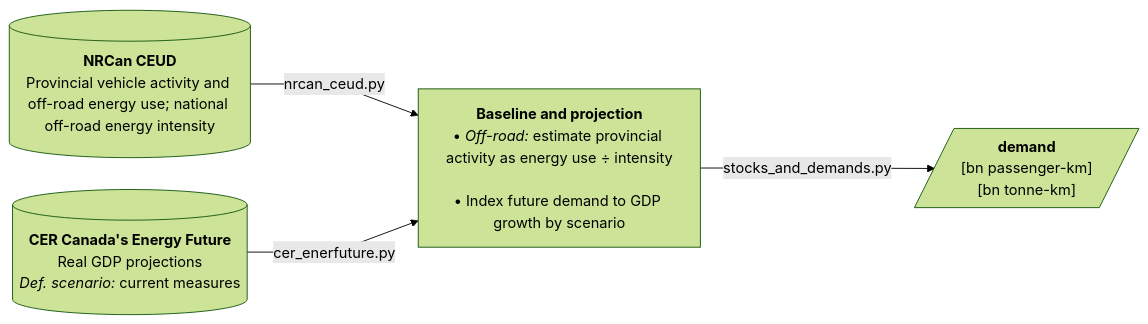
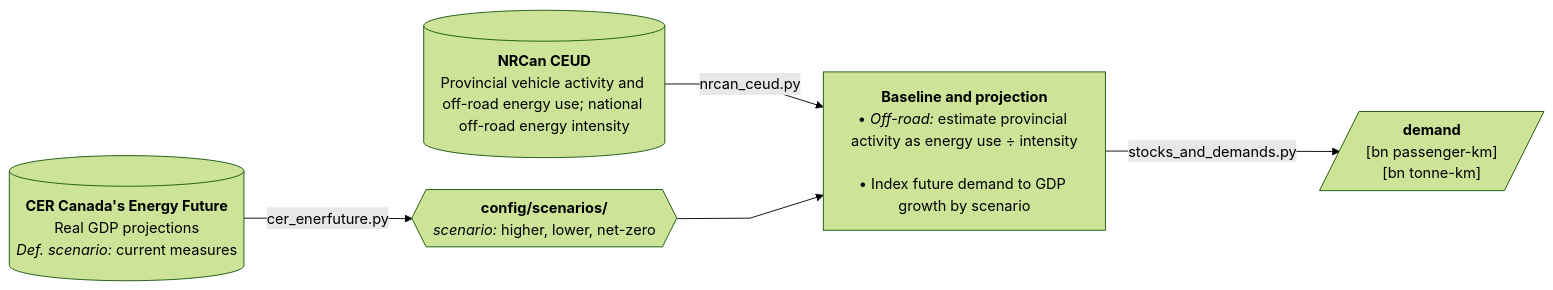
The third of 9 diagrams in docs/etl_flowcharts.md (CANOE-main/canoe-transportation), drawn with Mermaid (forest theme) before and after one commit. The commit also changed other lines of this file and 47 other files, not shown here.

````diff
--- a/docs/etl_flowcharts.md
+++ b/docs/etl_flowcharts.md
@@ -111,27 +113,29 @@
 ```mermaid
 ---
 config:
   layout: dagre
   flowchart:
     nodeSpacing: 35
     rankSpacing: 50
     wrappingWidth: 250
     curve: linear
 ---
 flowchart LR
   %% --- Sources ---
   s0[("`**NRCan CEUD**<br>Provincial vehicle activity and off-road energy use; national off-road energy intensity`")]
   s1[("`**CER Canada's Energy Future**<br>Real GDP projections<br>*Def. scenario:* current measures`")]
 
   %% --- Processes ---
+  p0@{shape: hex, label: "**config/scenarios/**<br>*scenario:* higher, lower, net-zero"}
   p1["`**Baseline and projection**<br>• *Off-road:* estimate provincial activity as energy use ÷ intensity<br><br>• Index future demand to GDP growth by scenario`"]
 
   s0 -- nrcan_ceud.py --> p1
-  s1 -- cer_enerfuture.py --> p1
+  s1 -- cer_enerfuture.py --> p0
 
+  p0 --> p1
   p1 -- stocks_and_demands.py --> o1[/"`**demand**<br>[bn passenger-km]<br>[bn tonne-km]`"/]
 
   %% --- Hyperlinks ---
   click s0 "https://oee.nrcan.gc.ca/corporate/statistics/neud/dpa/menus/trends/comprehensive_tables/list.cfm"
   click s1 "https://open.canada.ca/data/en/dataset/07c42deb-9435-43b9-a416-7ce316f3893d"
 ```
````
